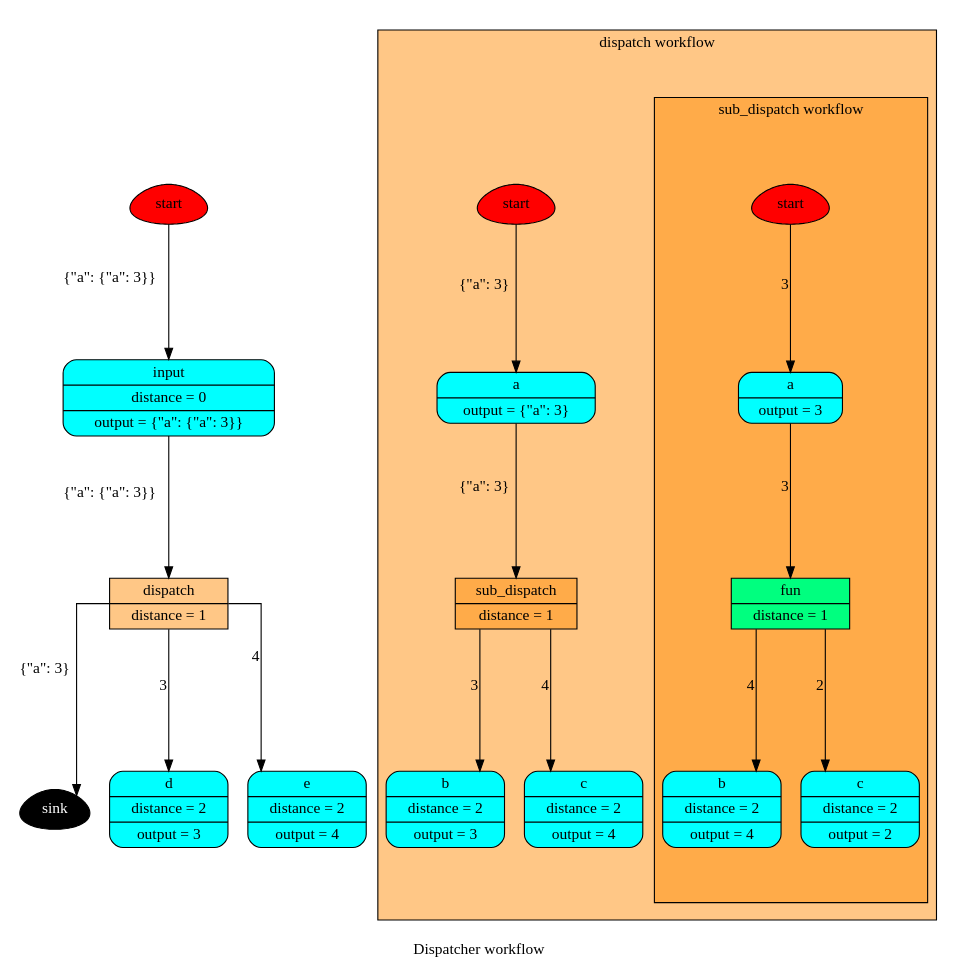
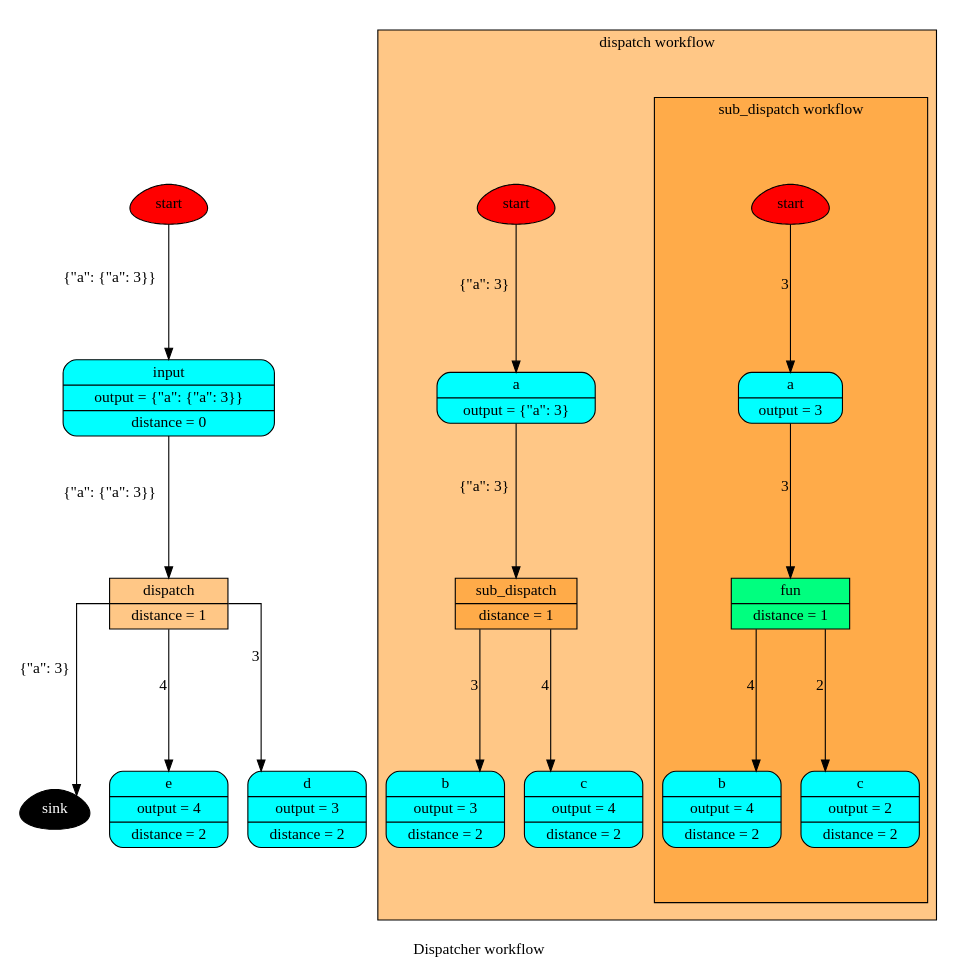
One commit to vinci1it2000/schedula changed the diagram in doc/source/dispatcher/draw/wf.dot. Above: the diagram before and after it, drawn with Graphviz. The commit also changed 127 other files, not shown here.

```diff
--- a/doc/source/dispatcher/draw/wf.dot
+++ b/doc/source/dispatcher/draw/wf.dot
@@ -1,47 +1,47 @@
 digraph Dispatcher {
 	graph [ratio=1]
 	node [style=filled]
+	splines = ortho
 	label = "Dispatcher workflow"
-	splines = ortho
-		Dispatcher_4373721400 [label=start fillcolor=red shape=egg]
-		Dispatcher_4373721640 [label=sink fillcolor=black fontcolor=white shape=egg]
-		Dispatcher_4028652557604299651 [label="{ d | distance = 2 | output = 3 }" fillcolor=cyan shape=Mrecord]
-		Dispatcher_7557171371259190550 [label="{ input | distance = 0 | output = \{&quot;a&quot;: \{&quot;a&quot;: 3\}\} }" fillcolor=cyan shape=Mrecord]
-		subgraph cluster_Dispatcher_4822150897815753991 {
+		Dispatcher_4371534136 [label=start fillcolor=red shape=egg]
+		Dispatcher_4371534376 [label=sink fillcolor=black fontcolor=white shape=egg]
+		"Dispatcher_-2857386740971020794" [label="{ input | output = \{&quot;a&quot;: \{&quot;a&quot;: 3\}\} | distance = 0 }" fillcolor=cyan shape=Mrecord]
+		"Dispatcher_-6328780589348846534" [label="{ e | output = 4 | distance = 2 }" fillcolor=cyan shape=Mrecord]
+		subgraph "cluster_Dispatcher_-7901442491968200596" {
 		style=filled
 		fillcolor="#FF8F0F80"
 		label="dispatch workflow"
 		comment="dispatch"
-			cluster_Dispatcher_4822150897815753991_4373721400 [label=start fillcolor=red shape=egg]
-			subgraph cluster_cluster_Dispatcher_4822150897815753991_2566601143118513840 {
+			"cluster_Dispatcher_-7901442491968200596_4371534136" [label=start fillcolor=red shape=egg]
+			"cluster_Dispatcher_-7901442491968200596_1674253456152474721" [label="{ a | output = \{&quot;a&quot;: 3\} }" fillcolor=cyan shape=Mrecord]
+			"cluster_Dispatcher_-7901442491968200596_-6274141345031817014" [label="{ b | output = 3 | distance = 2 }" fillcolor=cyan shape=Mrecord]
+			subgraph "cluster_cluster_Dispatcher_-7901442491968200596_-908892098586741661" {
 			style=filled
 			fillcolor="#FF8F0F80"
 			label="sub_dispatch workflow"
 			comment="sub_dispatch"
-				cluster_cluster_Dispatcher_4822150897815753991_2566601143118513840_4373721400 [label=start fillcolor=red shape=egg]
-				cluster_cluster_Dispatcher_4822150897815753991_2566601143118513840_4945678531994257712 [label="{ fun | distance = 1 }" fillcolor=springgreen shape=record]
-				"cluster_cluster_Dispatcher_4822150897815753991_2566601143118513840_-8503278920192876870" [label="{ a | output = 3 }" fillcolor=cyan shape=Mrecord]
-				"cluster_cluster_Dispatcher_4822150897815753991_2566601143118513840_-3117625956851900853" [label="{ b | distance = 2 | output = 4 }" fillcolor=cyan shape=Mrecord]
-				"cluster_cluster_Dispatcher_4822150897815753991_2566601143118513840_-1739731674132073175" [label="{ c | distance = 2 | output = 2 }" fillcolor=cyan shape=Mrecord]
-					cluster_cluster_Dispatcher_4822150897815753991_2566601143118513840_4373721400 -> "cluster_cluster_Dispatcher_4822150897815753991_2566601143118513840_-8503278920192876870" [xlabel=3]
-					cluster_cluster_Dispatcher_4822150897815753991_2566601143118513840_4945678531994257712 -> "cluster_cluster_Dispatcher_4822150897815753991_2566601143118513840_-1739731674132073175" [xlabel=2]
-					cluster_cluster_Dispatcher_4822150897815753991_2566601143118513840_4945678531994257712 -> "cluster_cluster_Dispatcher_4822150897815753991_2566601143118513840_-3117625956851900853" [xlabel=4]
-					"cluster_cluster_Dispatcher_4822150897815753991_2566601143118513840_-8503278920192876870" -> cluster_cluster_Dispatcher_4822150897815753991_2566601143118513840_4945678531994257712 [xlabel=3]
+				"cluster_cluster_Dispatcher_-7901442491968200596_-908892098586741661_4371534136" [label=start fillcolor=red shape=egg]
+				"cluster_cluster_Dispatcher_-7901442491968200596_-908892098586741661_1674253456152474721" [label="{ a | output = 3 }" fillcolor=cyan shape=Mrecord]
+				"cluster_cluster_Dispatcher_-7901442491968200596_-908892098586741661_-6274141345031817014" [label="{ b | output = 4 | distance = 2 }" fillcolor=cyan shape=Mrecord]
+				"cluster_cluster_Dispatcher_-7901442491968200596_-908892098586741661_4736239098108350630" [label="{ c | output = 2 | distance = 2 }" fillcolor=cyan shape=Mrecord]
+				"cluster_cluster_Dispatcher_-7901442491968200596_-908892098586741661_7696248228929669201" [label="{ fun | distance = 1 }" fillcolor=springgreen shape=record]
+					"cluster_cluster_Dispatcher_-7901442491968200596_-908892098586741661_4371534136" -> "cluster_cluster_Dispatcher_-7901442491968200596_-908892098586741661_1674253456152474721" [xlabel=3]
+					"cluster_cluster_Dispatcher_-7901442491968200596_-908892098586741661_1674253456152474721" -> "cluster_cluster_Dispatcher_-7901442491968200596_-908892098586741661_7696248228929669201" [xlabel=3]
+					"cluster_cluster_Dispatcher_-7901442491968200596_-908892098586741661_7696248228929669201" -> "cluster_cluster_Dispatcher_-7901442491968200596_-908892098586741661_-6274141345031817014" [xlabel=4]
+					"cluster_cluster_Dispatcher_-7901442491968200596_-908892098586741661_7696248228929669201" -> "cluster_cluster_Dispatcher_-7901442491968200596_-908892098586741661_4736239098108350630" [xlabel=2]
 			}
-			cluster_Dispatcher_4822150897815753991_2566601143118513840 [label="{ sub_dispatch | distance = 1 }" fillcolor="#FF8F0F80" shape=record]
-			"cluster_Dispatcher_4822150897815753991_-8503278920192876870" [label="{ a | output = \{&quot;a&quot;: 3\} }" fillcolor=cyan shape=Mrecord]
-			"cluster_Dispatcher_4822150897815753991_-3117625956851900853" [label="{ b | distance = 2 | output = 3 }" fillcolor=cyan shape=Mrecord]
-			"cluster_Dispatcher_4822150897815753991_-1739731674132073175" [label="{ c | distance = 2 | output = 4 }" fillcolor=cyan shape=Mrecord]
-				cluster_Dispatcher_4822150897815753991_4373721400 -> "cluster_Dispatcher_4822150897815753991_-8503278920192876870" [xlabel="\{&quot;a&quot;: 3\}"]
-				cluster_Dispatcher_4822150897815753991_2566601143118513840 -> "cluster_Dispatcher_4822150897815753991_-1739731674132073175" [xlabel=4]
-				cluster_Dispatcher_4822150897815753991_2566601143118513840 -> "cluster_Dispatcher_4822150897815753991_-3117625956851900853" [xlabel=3]
-				"cluster_Dispatcher_4822150897815753991_-8503278920192876870" -> cluster_Dispatcher_4822150897815753991_2566601143118513840 [xlabel="\{&quot;a&quot;: 3\}"]
+			"cluster_Dispatcher_-7901442491968200596_-908892098586741661" [label="{ sub_dispatch | distance = 1 }" fillcolor="#FF8F0F80" shape=record]
+			"cluster_Dispatcher_-7901442491968200596_4736239098108350630" [label="{ c | output = 4 | distance = 2 }" fillcolor=cyan shape=Mrecord]
+				"cluster_Dispatcher_-7901442491968200596_4371534136" -> "cluster_Dispatcher_-7901442491968200596_1674253456152474721" [xlabel="\{&quot;a&quot;: 3\}"]
+				"cluster_Dispatcher_-7901442491968200596_1674253456152474721" -> "cluster_Dispatcher_-7901442491968200596_-908892098586741661" [xlabel="\{&quot;a&quot;: 3\}"]
+				"cluster_Dispatcher_-7901442491968200596_-908892098586741661" -> "cluster_Dispatcher_-7901442491968200596_-6274141345031817014" [xlabel=3]
+				"cluster_Dispatcher_-7901442491968200596_-908892098586741661" -> "cluster_Dispatcher_-7901442491968200596_4736239098108350630" [xlabel=4]
 		}
-		Dispatcher_4822150897815753991 [label="{ dispatch | distance = 1 }" fillcolor="#FF8F0F80" shape=record]
-		"Dispatcher_-6116169728861687157" [label="{ e | distance = 2 | output = 4 }" fillcolor=cyan shape=Mrecord]
-			Dispatcher_7557171371259190550 -> Dispatcher_4822150897815753991 [xlabel="\{&quot;a&quot;: \{&quot;a&quot;: 3\}\}"]
-			Dispatcher_4822150897815753991 -> Dispatcher_4373721640 [xlabel="\{&quot;a&quot;: 3\}"]
-			Dispatcher_4822150897815753991 -> Dispatcher_4028652557604299651 [xlabel=3]
-			Dispatcher_4822150897815753991 -> "Dispatcher_-6116169728861687157" [xlabel=4]
-			Dispatcher_4373721400 -> Dispatcher_7557171371259190550 [xlabel="\{&quot;a&quot;: \{&quot;a&quot;: 3\}\}"]
+		"Dispatcher_-7901442491968200596" [label="{ dispatch | distance = 1 }" fillcolor="#FF8F0F80" shape=record]
+		"Dispatcher_-6575553139397358114" [label="{ d | output = 3 | distance = 2 }" fillcolor=cyan shape=Mrecord]
+			"Dispatcher_-2857386740971020794" -> "Dispatcher_-7901442491968200596" [xlabel="\{&quot;a&quot;: \{&quot;a&quot;: 3\}\}"]
+			Dispatcher_4371534136 -> "Dispatcher_-2857386740971020794" [xlabel="\{&quot;a&quot;: \{&quot;a&quot;: 3\}\}"]
+			"Dispatcher_-7901442491968200596" -> Dispatcher_4371534376 [xlabel="\{&quot;a&quot;: 3\}"]
+			"Dispatcher_-7901442491968200596" -> "Dispatcher_-6328780589348846534" [xlabel=4]
+			"Dispatcher_-7901442491968200596" -> "Dispatcher_-6575553139397358114" [xlabel=3]
 }
```
